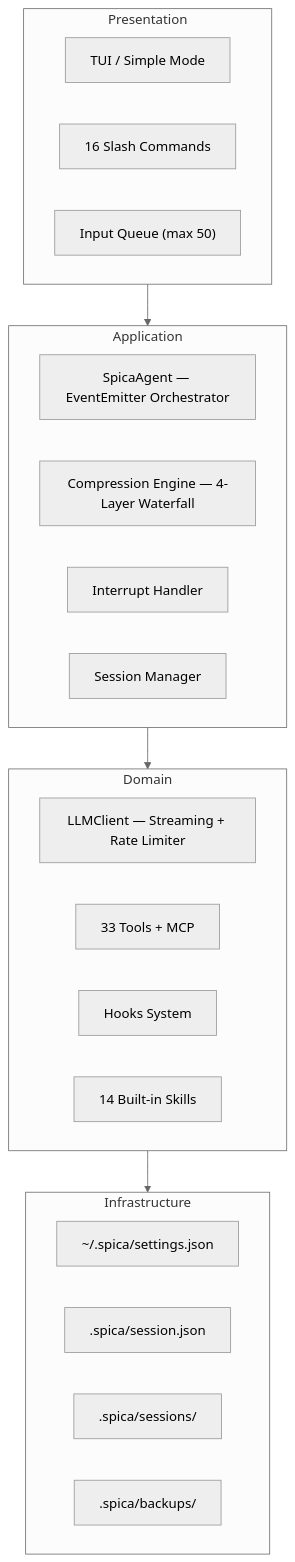
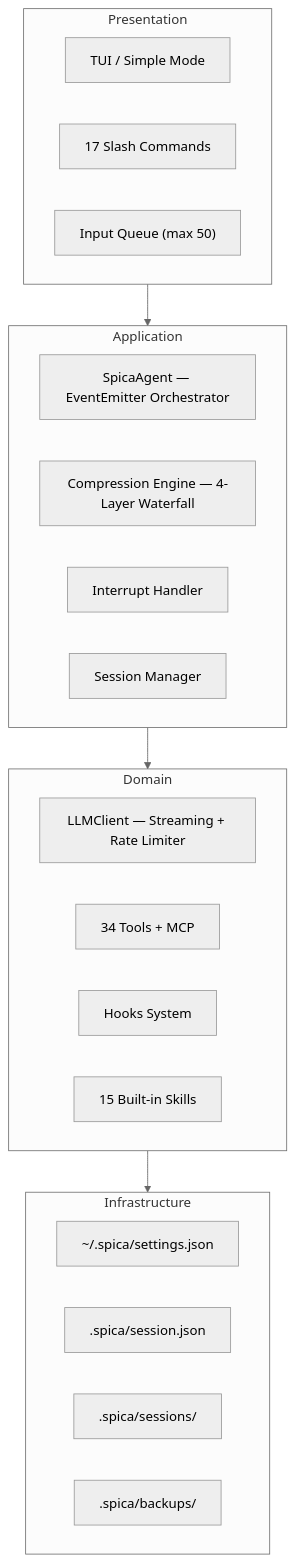
Before and after one commit to linnin233/spica-cli: the first of 12 diagrams in README.md, drawn with Mermaid (neutral theme). The commit also changed other lines of this file and 3 other files, not shown here.

Commit message:
[spica] docs: update for v85b5606 — checkpoint→idea, tool counts, slash commands, skills

````diff
--- a/README.md
+++ b/README.md
@@ -29,33 +29,33 @@
 ```mermaid
 graph TB
     subgraph PRESENTATION["Presentation"]
         TUI["TUI / Simple Mode"]
-        CMD["16 Slash Commands"]
+        CMD["17 Slash Commands"]
         IQ["Input Queue (max 50)"]
     end
 
     subgraph APPLICATION["Application"]
         AGENT["SpicaAgent — EventEmitter Orchestrator"]
         COMPRESS["Compression Engine — 4-Layer Waterfall"]
         INTR["Interrupt Handler"]
         SESSION["Session Manager"]
     end
 
     subgraph DOMAIN["Domain"]
         LLM["LLMClient — Streaming + Rate Limiter"]
-        TOOLS["33 Tools + MCP"]
+        TOOLS["34 Tools + MCP"]
         HOOKS["Hooks System"]
-        SKILLS["14 Built-in Skills"]
+        SKILLS["15 Built-in Skills"]
     end
 
     subgraph INFRA["Infrastructure"]
         SETTINGS["~/.spica/settings.json"]
         SESSFILE[".spica/session.json"]
         ARCHIVE[".spica/sessions/"]
         BACKUPS[".spica/backups/"]
     end
 
     PRESENTATION --> APPLICATION
     APPLICATION --> DOMAIN
     DOMAIN --> INFRA
 ```
````
